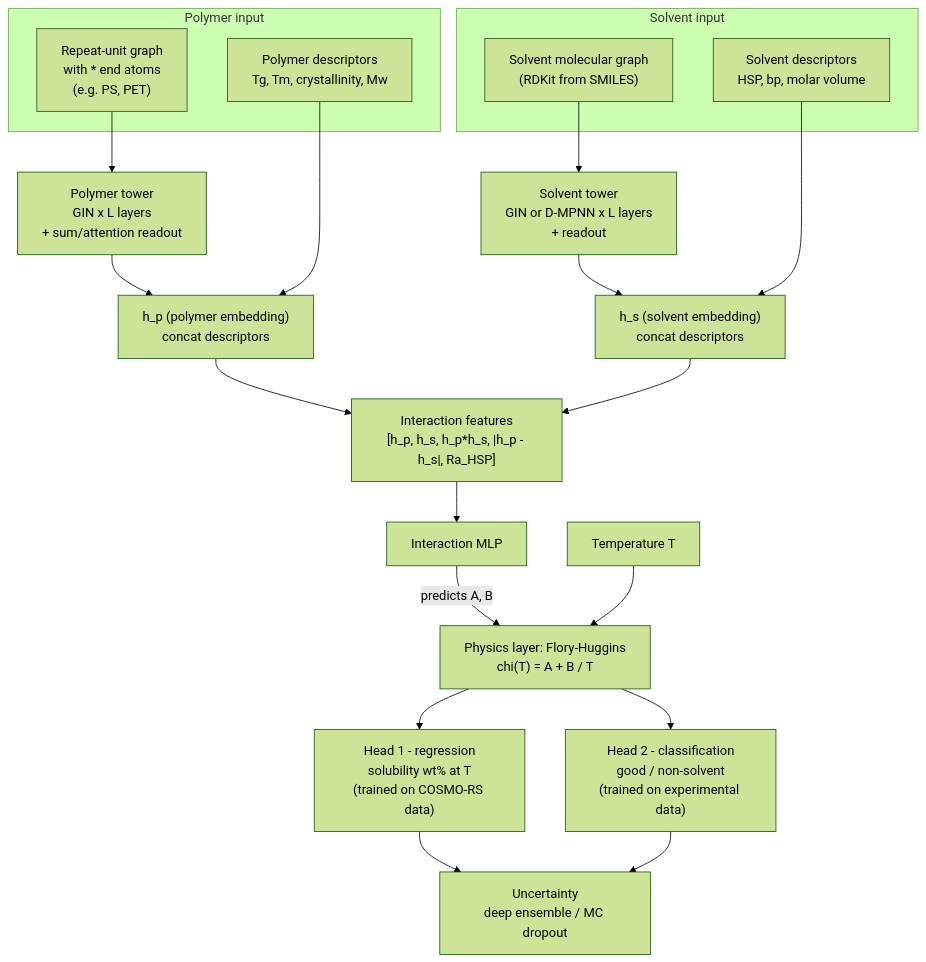
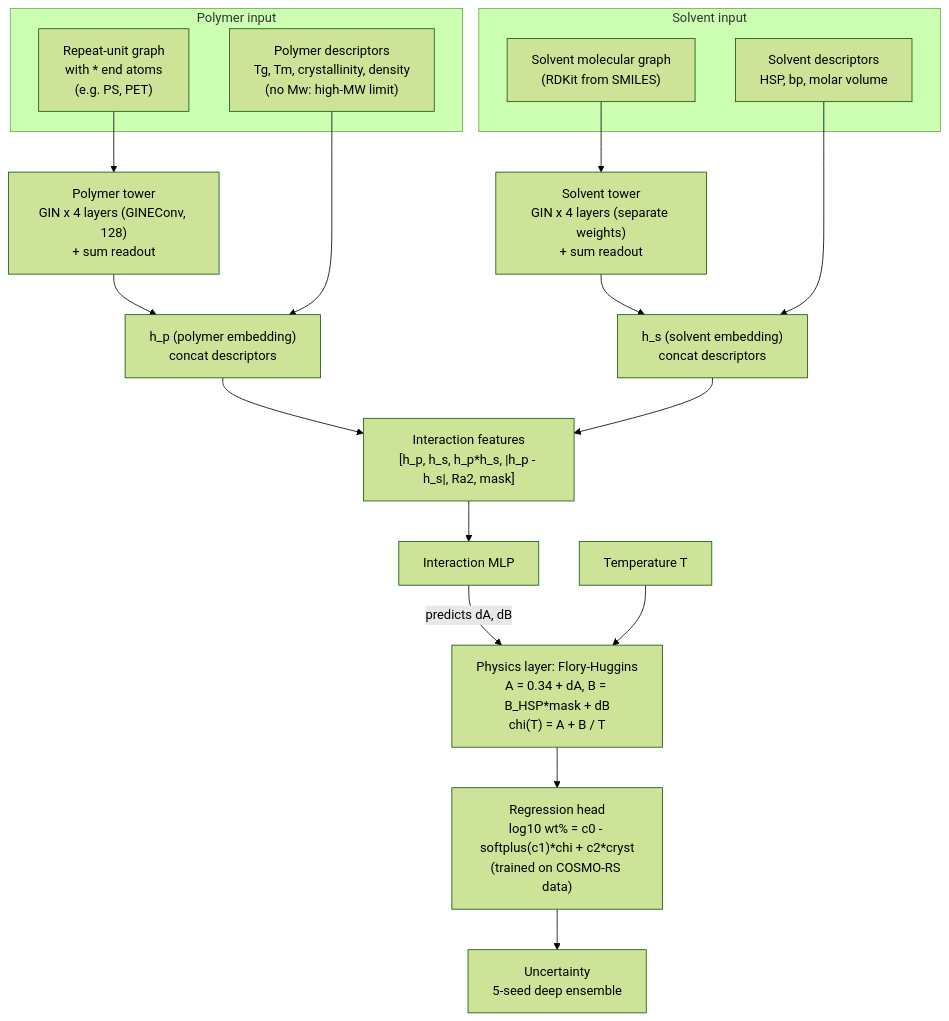
Before and after one commit to ZestyClose25/polysolv: the second of 3 diagrams in docs/architecture.md, drawn with Mermaid (forest theme). The commit also changed other lines of this file and 2 other files, not shown here.

Commit message:
T4: add polymer_props.csv; drop Kern from docs

````diff
--- a/docs/architecture.md
+++ b/docs/architecture.md
@@ -41,46 +42,43 @@
 ```mermaid
 flowchart TB
     subgraph PIN["Polymer input"]
         P1["Repeat-unit graph<br/>with * end atoms<br/>(e.g. PS, PET)"]
-        P2["Polymer descriptors<br/>Tg, Tm, crystallinity, Mw"]
+        P2["Polymer descriptors<br/>Tg, Tm, crystallinity, density<br/>(no Mw: high-MW limit)"]
     end
 
     subgraph SIN["Solvent input"]
         S1["Solvent molecular graph<br/>(RDKit from SMILES)"]
         S2["Solvent descriptors<br/>HSP, bp, molar volume"]
     end
 
-    PT["Polymer tower<br/>GIN x L layers<br/>+ sum/attention readout"]
-    ST["Solvent tower<br/>GIN or D-MPNN x L layers<br/>+ readout"]
+    PT["Polymer tower<br/>GIN x 4 layers (GINEConv, 128)<br/>+ sum readout"]
+    ST["Solvent tower<br/>GIN x 4 layers (separate weights)<br/>+ sum readout"]
 
     P1 --> PT
     S1 --> ST
 
     HP["h_p (polymer embedding)<br/>concat descriptors"]
     HS["h_s (solvent embedding)<br/>concat descriptors"]
 
     PT --> HP
     P2 --> HP
     ST --> HS
     S2 --> HS
 
-    INT["Interaction features<br/>[h_p, h_s, h_p*h_s, |h_p - h_s|, Ra_HSP]"]
+    INT["Interaction features<br/>[h_p, h_s, h_p*h_s, |h_p - h_s|, Ra2, mask]"]
     HP --> INT
     HS --> INT
 
     MLP["Interaction MLP"]
     INT --> MLP
 
-    FH["Physics layer: Flory-Huggins<br/>chi(T) = A + B / T"]
-    MLP -->|"predicts A, B"| FH
+    FH["Physics layer: Flory-Huggins<br/>A = 0.34 + dA, B = B_HSP*mask + dB<br/>chi(T) = A + B / T"]
+    MLP -->|"predicts dA, dB"| FH
     T["Temperature T"] --> FH
 
-    O1["Head 1 - regression<br/>solubility wt% at T<br/>(trained on COSMO-RS data)"]
-    O2["Head 2 - classification<br/>good / non-solvent<br/>(trained on experimental data)"]
-    UQ["Uncertainty<br/>deep ensemble / MC dropout"]
+    O1["Regression head<br/>log10 wt% = c0 - softplus(c1)*chi + c2*cryst<br/>(trained on COSMO-RS data)"]
+    UQ["Uncertainty<br/>5-seed deep ensemble"]
 
     FH --> O1
-    FH --> O2
     O1 --> UQ
-    O2 --> UQ
 ```
````
